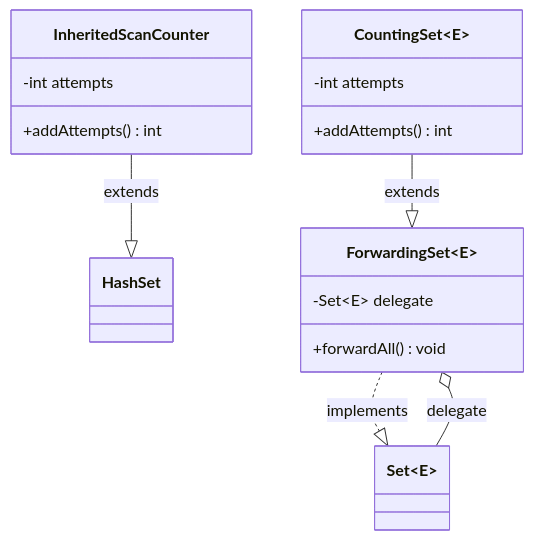
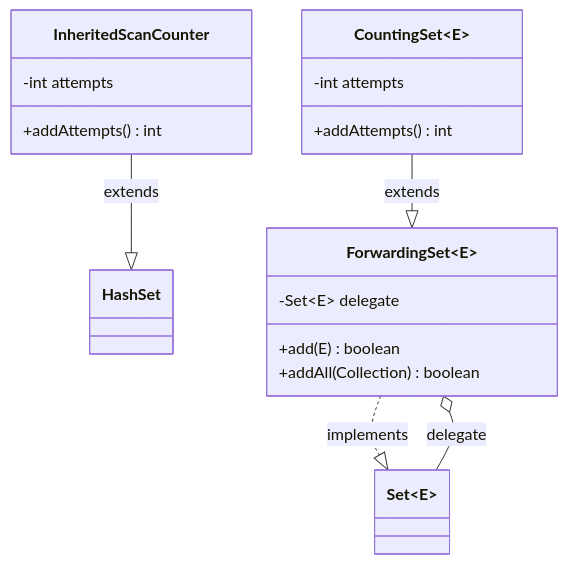
The first of 2 diagrams in tasks/35-counting-set-composition.md (Chris013/java-practice), drawn with Mermaid before and after one commit. The commit also changed other lines of this file and 4 other files, not shown here.

````diff
--- a/tasks/35-counting-set-composition.md
+++ b/tasks/35-counting-set-composition.md
@@ -32,21 +32,22 @@
 ```mermaid
 classDiagram
     class InheritedScanCounter {
         -int attempts
         +addAttempts() int
     }
     class HashSet
     class ForwardingSet~E~ {
         -Set~E~ delegate
-        +forwardAll() void
+        +add(E) boolean
+        +addAll(Collection) boolean
     }
     class CountingSet~E~ {
         -int attempts
         +addAttempts() int
     }
     class Set~E~
     InheritedScanCounter --|> HashSet : extends
     CountingSet --|> ForwardingSet : extends
     ForwardingSet ..|> Set : implements
     ForwardingSet o-- Set : delegate
 ```
````
